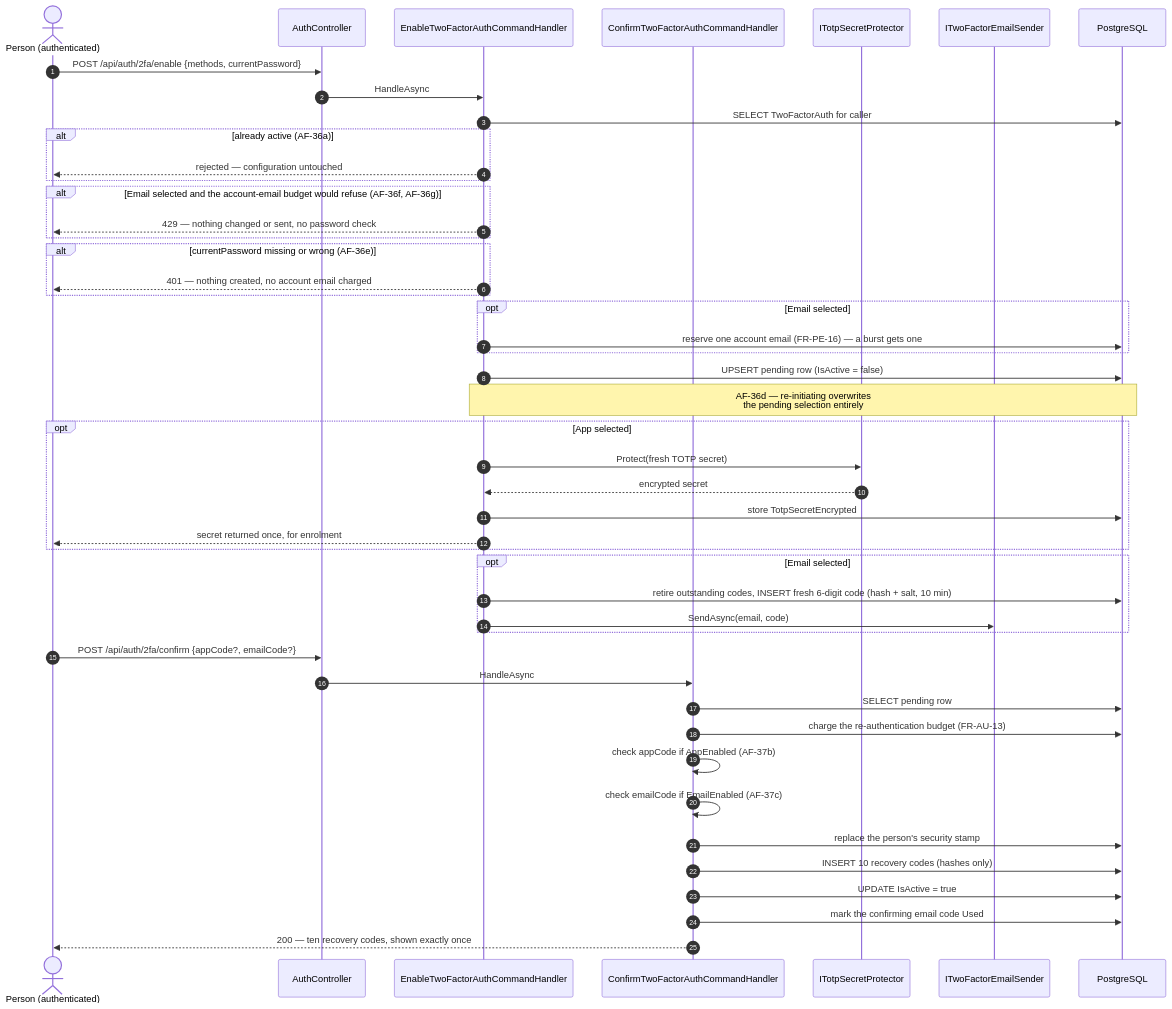
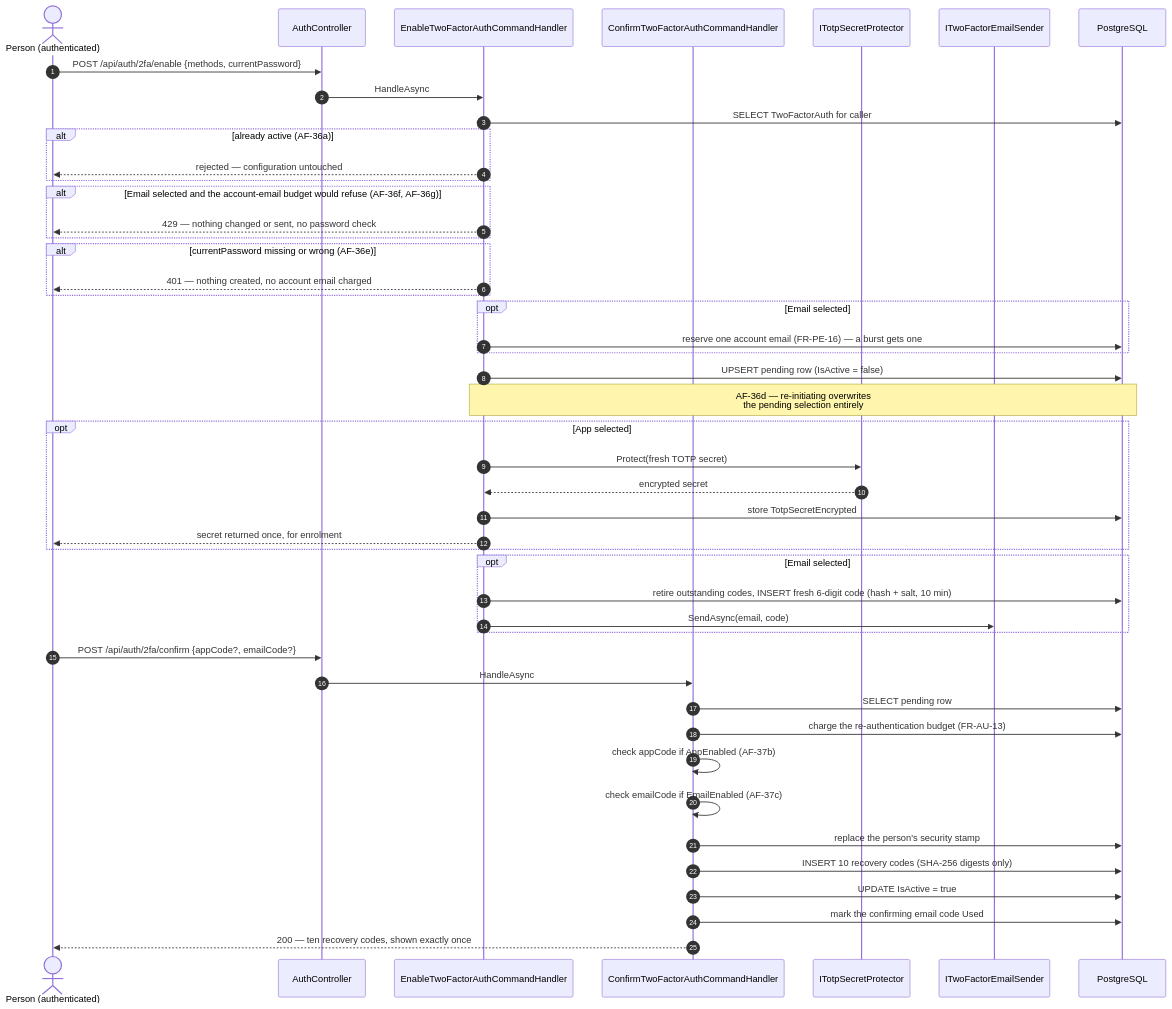
Before and after one commit to artur-rios/heimdall-api: the second of 3 diagrams in docs/content/en/docs/flows/two-factor.md, drawn with Mermaid. The commit also changed other lines of this file and 14 other files, not shown here.

First line of the commit message:
docs: describe link checks and recovery codes

````diff
--- a/docs/content/en/docs/flows/two-factor.md
+++ b/docs/content/en/docs/flows/two-factor.md
@@ -30,52 +30,52 @@
 ```mermaid
 sequenceDiagram
     autonumber
     actor P as Person (authenticated)
     participant AC as AuthController
     participant EH as EnableTwoFactorAuthCommandHandler
     participant CH as ConfirmTwoFactorAuthCommandHandler
     participant TP as ITotpSecretProtector
     participant ES as ITwoFactorEmailSender
     participant DB as PostgreSQL
 
     P->>AC: POST /api/auth/2fa/enable {methods, currentPassword}
     AC->>EH: HandleAsync
     EH->>DB: SELECT TwoFactorAuth for caller
     alt already active (AF-36a)
         EH-->>P: rejected — configuration untouched
     end
     alt Email selected and the account-email budget would refuse (AF-36f, AF-36g)
         EH-->>P: 429 — nothing changed or sent, no password check
     end
     alt currentPassword missing or wrong (AF-36e)
         EH-->>P: 401 — nothing created, no account email charged
     end
     opt Email selected
         EH->>DB: reserve one account email (FR-PE-16) — a burst gets one
     end
     EH->>DB: UPSERT pending row (IsActive = false)
     Note over EH,DB: AF-36d — re-initiating overwrites<br/>the pending selection entirely
 
     opt App selected
         EH->>TP: Protect(fresh TOTP secret)
         TP-->>EH: encrypted secret
         EH->>DB: store TotpSecretEncrypted
         EH-->>P: secret returned once, for enrolment
     end
     opt Email selected
         EH->>DB: retire outstanding codes, INSERT fresh 6-digit code (hash + salt, 10 min)
         EH->>ES: SendAsync(email, code)
     end
 
     P->>AC: POST /api/auth/2fa/confirm {appCode?, emailCode?}
     AC->>CH: HandleAsync
     CH->>DB: SELECT pending row
     CH->>DB: charge the re-authentication budget (FR-AU-13)
     CH->>CH: check appCode if AppEnabled (AF-37b)
     CH->>CH: check emailCode if EmailEnabled (AF-37c)
     CH->>DB: replace the person's security stamp
-    CH->>DB: INSERT 10 recovery codes (hashes only)
+    CH->>DB: INSERT 10 recovery codes (SHA-256 digests only)
     CH->>DB: UPDATE IsActive = true
     CH->>DB: mark the confirming email code Used
     CH-->>P: 200 — ten recovery codes, shown exactly once
 ```
````
